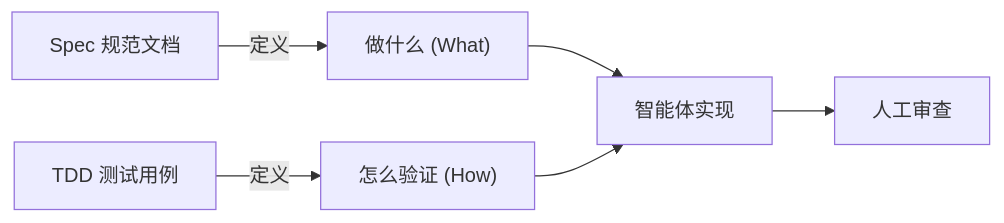
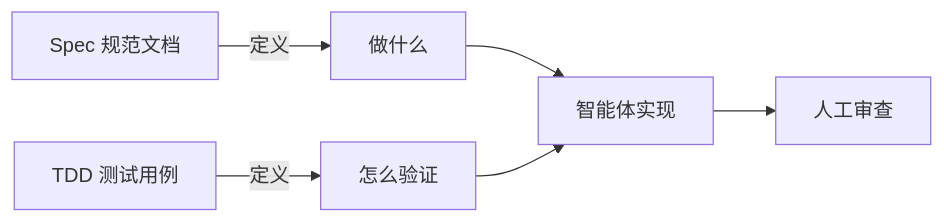
The fourth of 6 diagrams in 10_agentic_coding/10.4_workflow.md (yeasy/agentic_ai_guide), drawn with Mermaid before and after one commit. The commit also changed other lines of this file and 88 other files, not shown here.

````diff
--- a/10_agentic_coding/10.4_workflow.md
+++ b/10_agentic_coding/10.4_workflow.md
@@ -311,8 +311,8 @@
 ```mermaid
 graph LR
-    Spec[Spec 规范文档] -->|定义| What["做什么 (What)"]
-    TDD[TDD 测试用例] -->|定义| How["怎么验证 (How)"]
+    Spec[Spec 规范文档] -->|定义| What["做什么"]
+    TDD[TDD 测试用例] -->|定义| How["怎么验证"]
     What --> Impl[智能体实现]
     How --> Impl
     Impl --> Review[人工审查]
 ```
````
